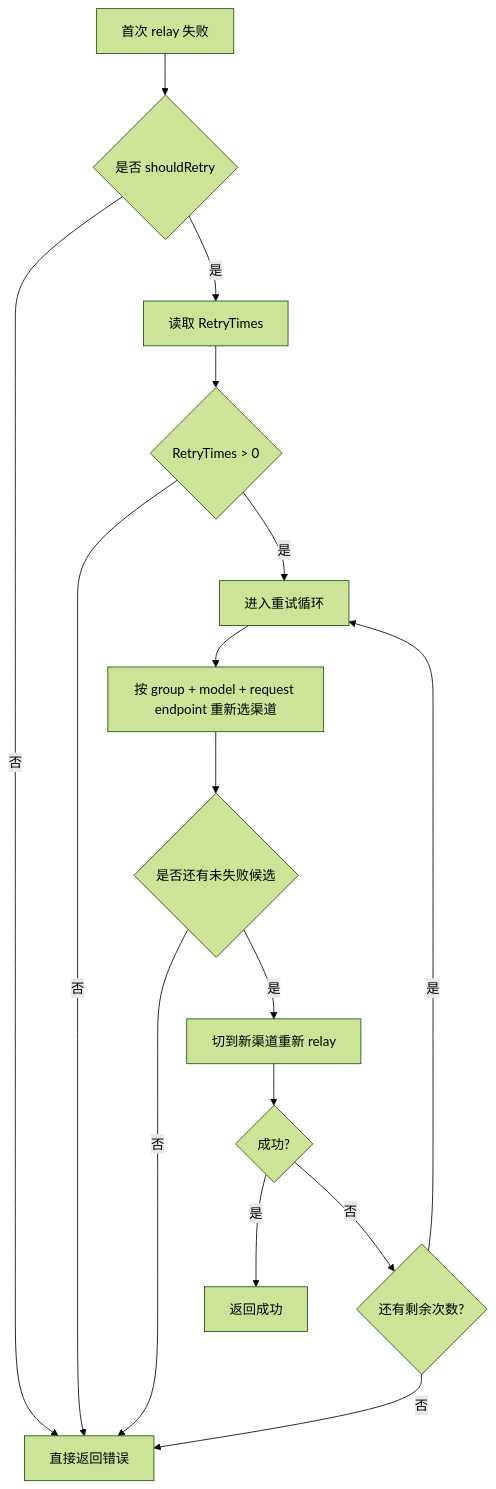
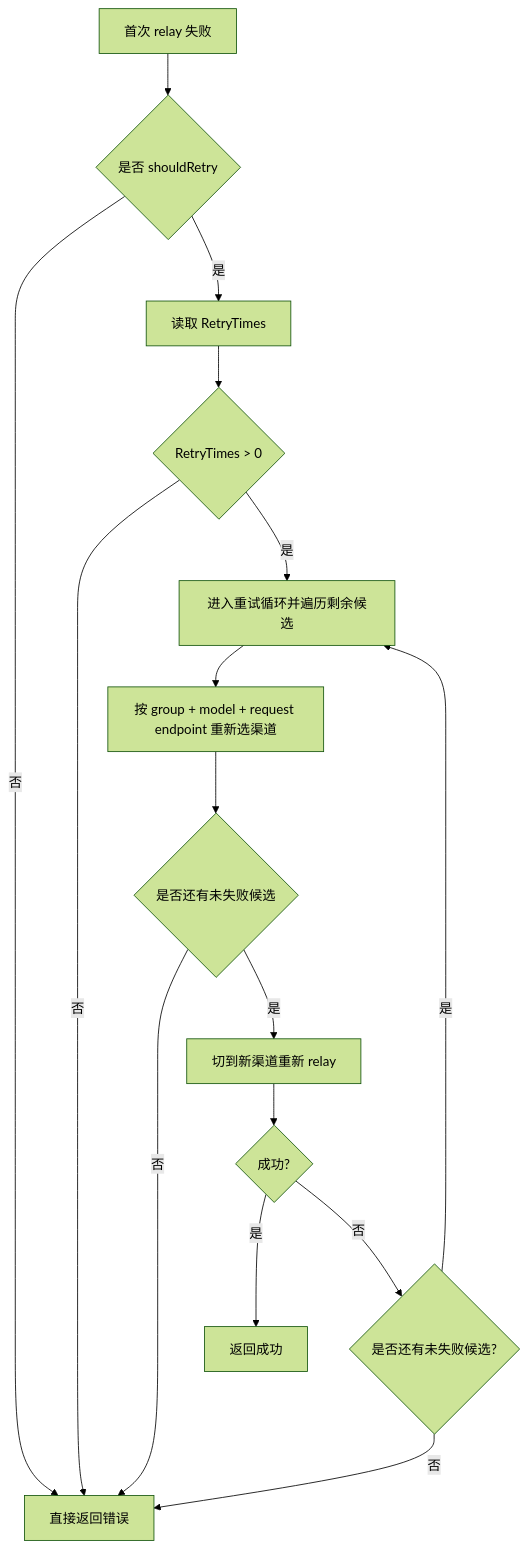
Before and after one commit to ShengNW/router: the fifth of 5 diagrams in docs/路由逻辑.md, drawn with Mermaid (forest theme). The commit also changed other lines of this file and 6 other files, not shown here.

````diff
--- a/docs/路由逻辑.md
+++ b/docs/路由逻辑.md
@@ -303,18 +303,18 @@
 ```mermaid
 flowchart TD
     A[首次 relay 失败] --> B{是否 shouldRetry}
     B -- 否 --> X[直接返回错误]
     B -- 是 --> C[读取 RetryTimes]
     C --> D{RetryTimes > 0}
     D -- 否 --> X
-    D -- 是 --> E[进入重试循环]
+    D -- 是 --> E[进入重试循环并遍历剩余候选]
     E --> F[按 group + model + request endpoint 重新选渠道]
     F --> G{是否还有未失败候选}
     G -- 否 --> X
     G -- 是 --> H[切到新渠道重新 relay]
     H --> I{成功?}
     I -- 是 --> Y[返回成功]
-    I -- 否 --> J{还有剩余次数?}
+    I -- 否 --> J{是否还有未失败候选?}
     J -- 是 --> E
     J -- 否 --> X
 ```
````
